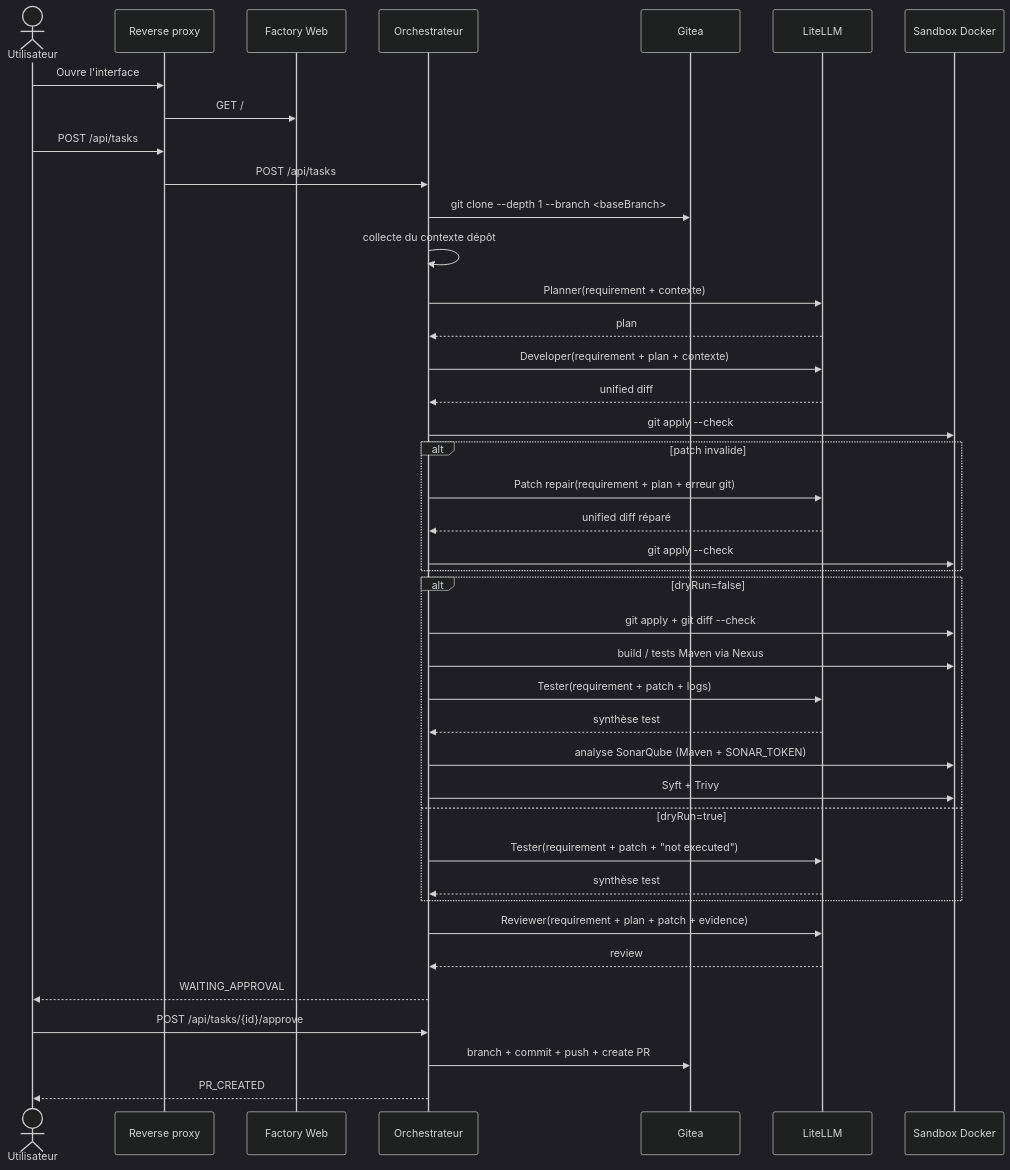
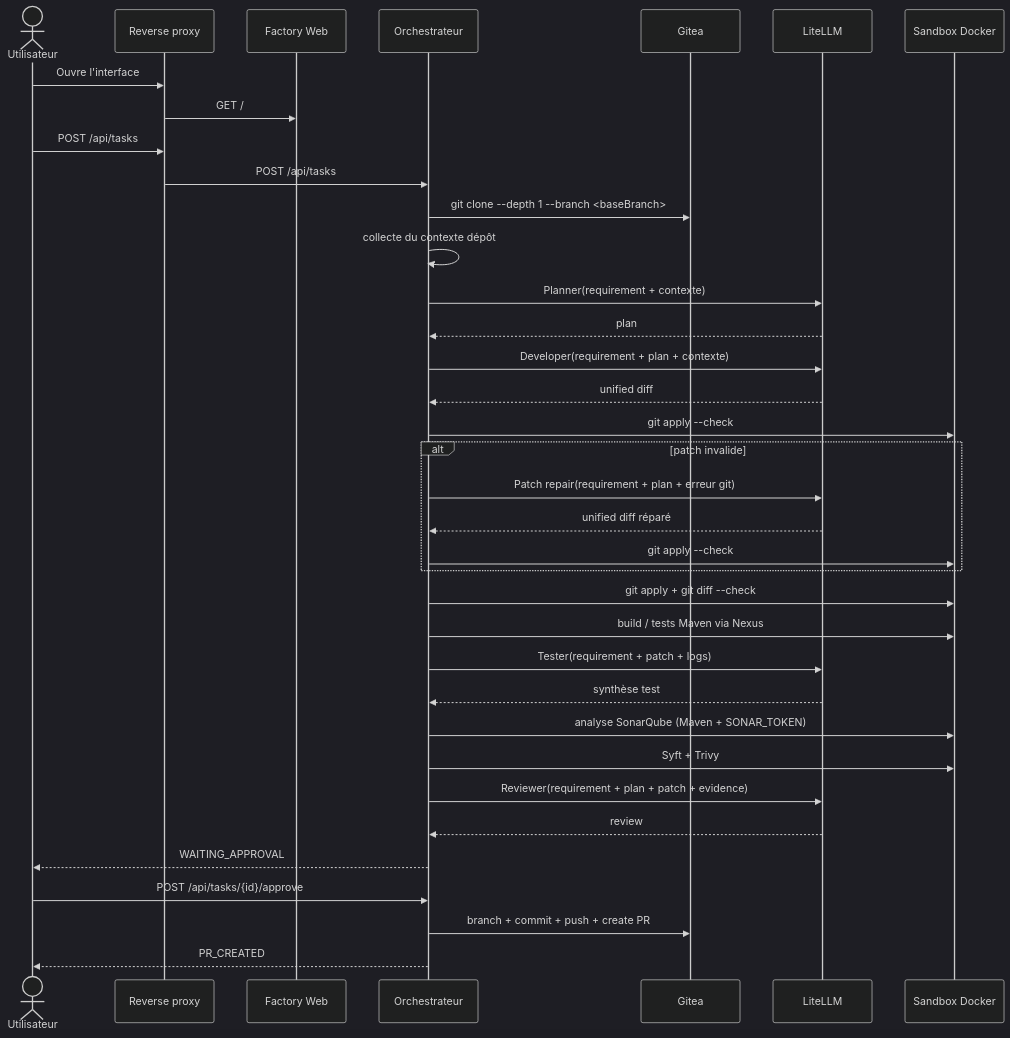
One commit to dbeaumont/ai-software-factory-local changed the third of 3 diagrams in docs/architecture.md. Above: the diagram before and after it, drawn with Mermaid (dark theme). The commit also changed other lines of this file and 13 other files, not shown here.

````diff
--- a/docs/architecture.md
+++ b/docs/architecture.md
@@ -84,44 +84,39 @@
 ```mermaid
 sequenceDiagram
   actor U as Utilisateur
   participant P as Reverse proxy
   participant W as Factory Web
   participant O as Orchestrateur
   participant G as Gitea
   participant L as LiteLLM
   participant S as Sandbox Docker
 
   U->>P: Ouvre l'interface
   P->>W: GET /
   U->>P: POST /api/tasks
   P->>O: POST /api/tasks
   O->>G: git clone --depth 1 --branch <baseBranch>
   O->>O: collecte du contexte dépôt
   O->>L: Planner(requirement + contexte)
   L-->>O: plan
   O->>L: Developer(requirement + plan + contexte)
   L-->>O: unified diff
   O->>S: git apply --check
   alt patch invalide
     O->>L: Patch repair(requirement + plan + erreur git)
     L-->>O: unified diff réparé
     O->>S: git apply --check
   end
-  alt dryRun=false
-    O->>S: git apply + git diff --check
-    O->>S: build / tests Maven via Nexus
-    O->>L: Tester(requirement + patch + logs)
-    L-->>O: synthèse test
-    O->>S: analyse SonarQube (Maven + SONAR_TOKEN)
-    O->>S: Syft + Trivy
-  else dryRun=true
-    O->>L: Tester(requirement + patch + "not executed")
-    L-->>O: synthèse test
-  end
+  O->>S: git apply + git diff --check
+  O->>S: build / tests Maven via Nexus
+  O->>L: Tester(requirement + patch + logs)
+  L-->>O: synthèse test
+  O->>S: analyse SonarQube (Maven + SONAR_TOKEN)
+  O->>S: Syft + Trivy
   O->>L: Reviewer(requirement + plan + patch + evidence)
   L-->>O: review
   O-->>U: WAITING_APPROVAL
   U->>O: POST /api/tasks/{id}/approve
   O->>G: branch + commit + push + create PR
   O-->>U: PR_CREATED
 ```
````
